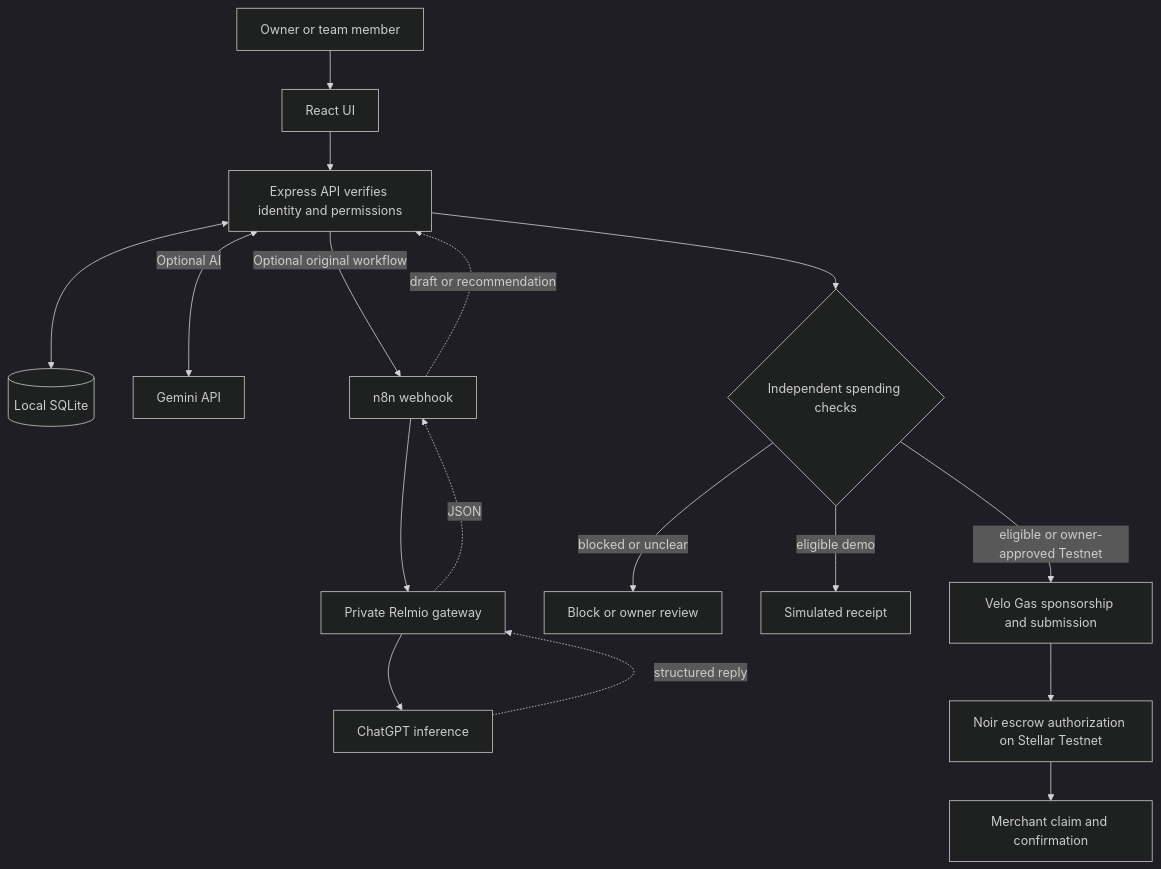
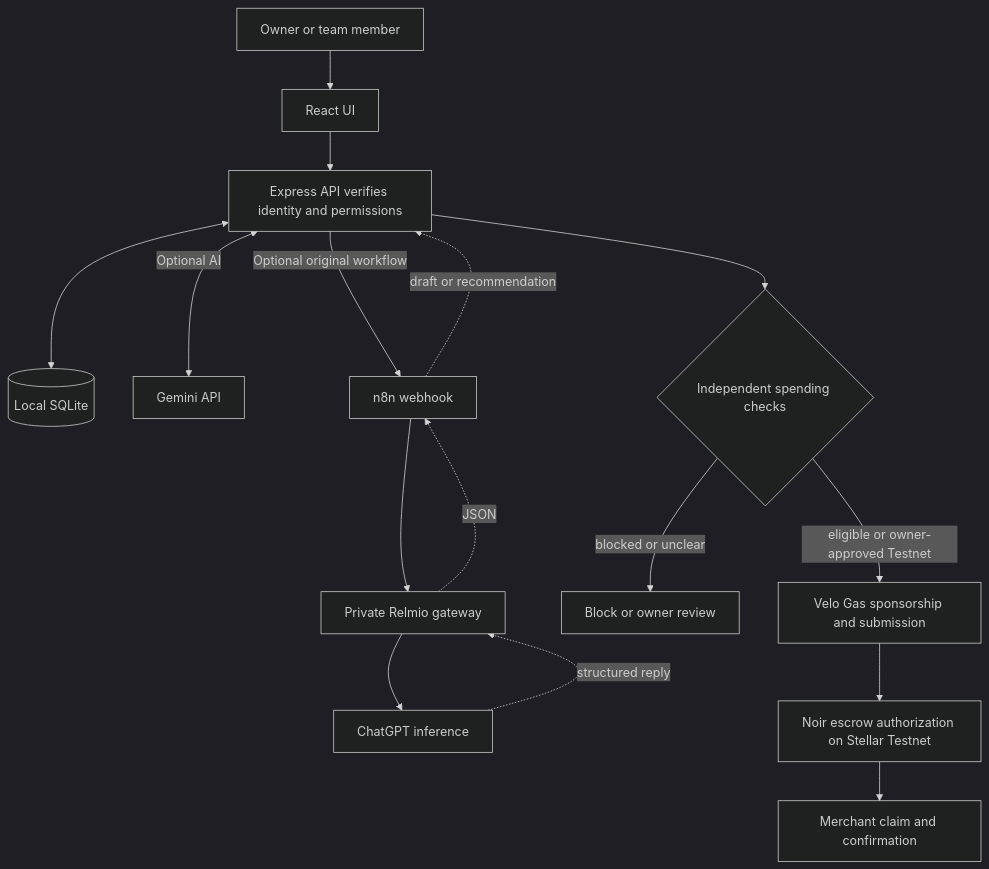
Before and after one commit to Enerbonn/Allowance: the diagram in README.md, drawn with Mermaid (dark theme). The commit also changed other lines of this file and 9 other files, not shown here.

````diff
--- a/README.md
+++ b/README.md
@@ -71,19 +71,18 @@
 ```mermaid
 flowchart TD
     U[Owner or team member] --> B[React UI]
     B --> A[Express API verifies identity and permissions]
     A <--> S[(Local SQLite)]
     A <-->|Optional AI| G[Gemini API]
     A -->|Optional original workflow| N[n8n webhook]
     N --> R[Private Relmio gateway]
     R --> M[ChatGPT inference]
     M -. structured reply .-> R
     R -. JSON .-> N
     N -. draft or recommendation .-> A
     A --> P{Independent spending checks}
     P -- blocked or unclear --> O[Block or owner review]
-    P -- eligible demo --> D[Simulated receipt]
     P -- eligible or owner-approved Testnet --> V[Velo Gas sponsorship and submission]
     V --> E[Noir escrow authorization on Stellar Testnet]
     E --> C[Merchant claim and confirmation]
 ```
````
